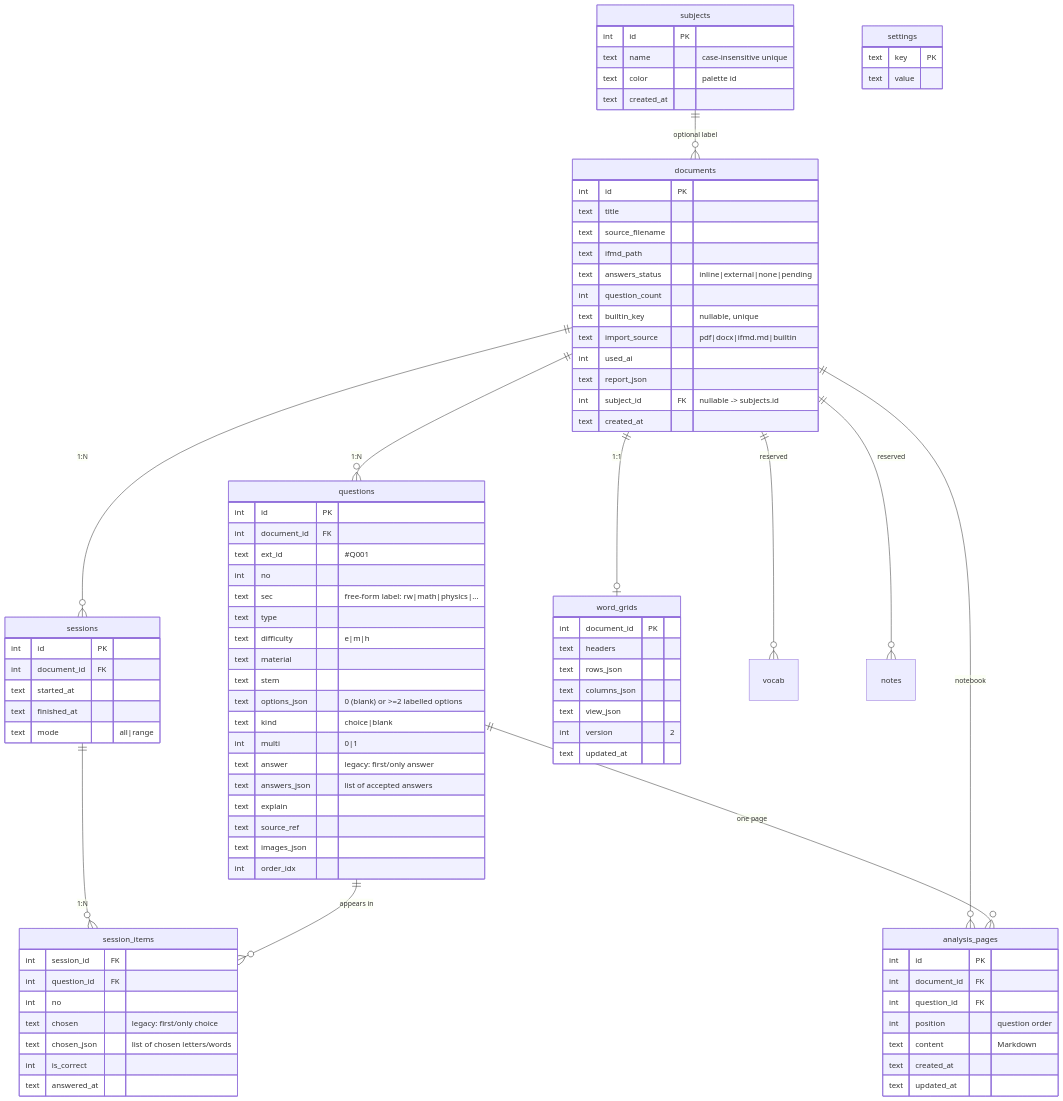
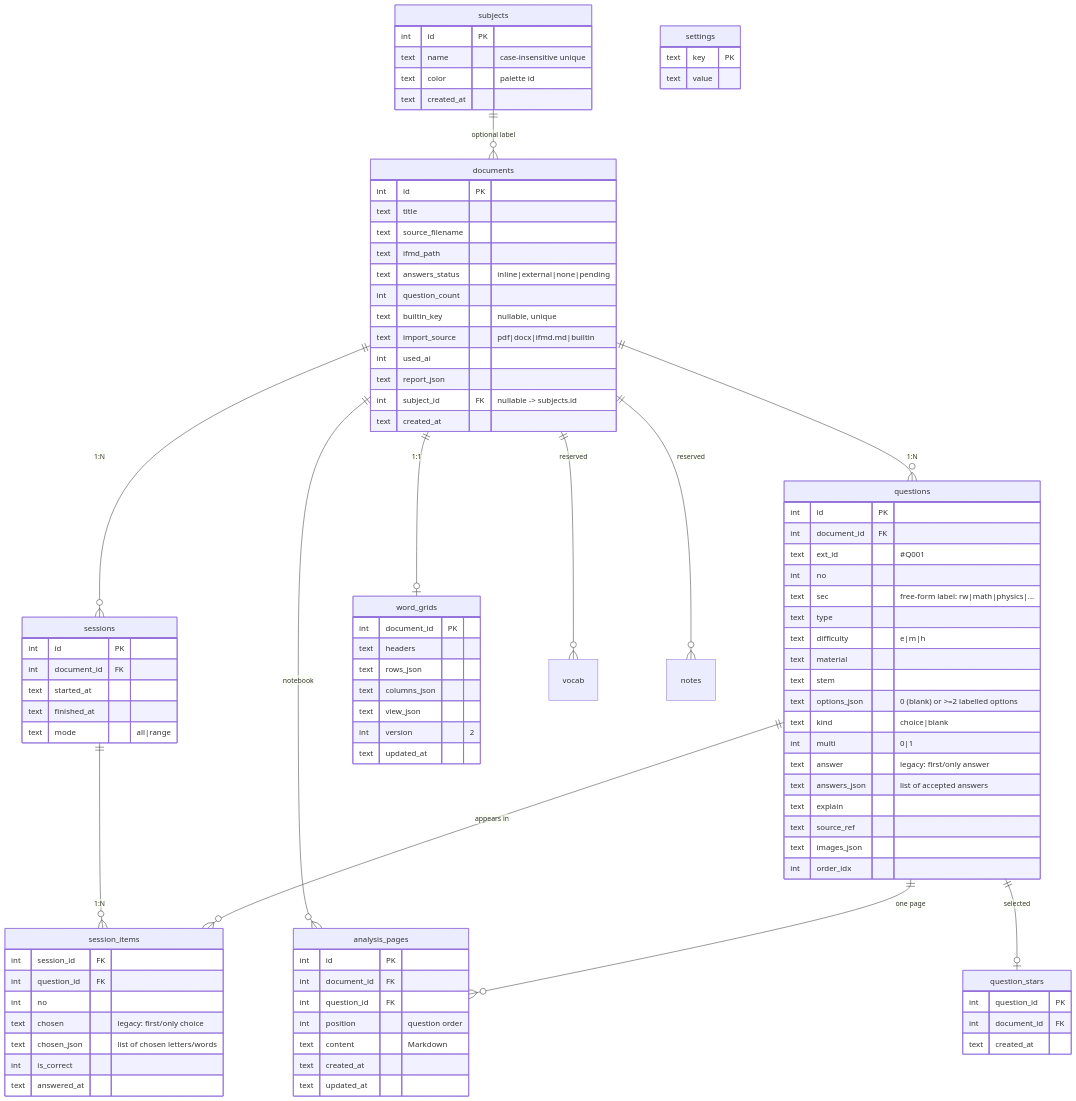
Before and after one commit to JasonSun2009CN/InteFlow: the second of 2 diagrams in docs/ARCHITECTURE.md, drawn with Mermaid. The commit also changed other lines of this file and 23 other files, not shown here.

```diff
--- a/docs/ARCHITECTURE.md
+++ b/docs/ARCHITECTURE.md
@@ -106,9 +108,16 @@
   sessions  ||--o{ session_items : "1:N"
   questions ||--o{ session_items : "appears in"
   questions ||--o{ analysis_pages : "one page"
+  questions ||--o| question_stars : "selected"
   documents ||--o{ vocab : "reserved"
   documents ||--o{ notes : "reserved"
   subjects  ||--o{ documents : "optional label"
+
+  question_stars {
+    int question_id PK
+    int document_id FK
+    text created_at
+  }
 
   subjects {
     int id PK
```
